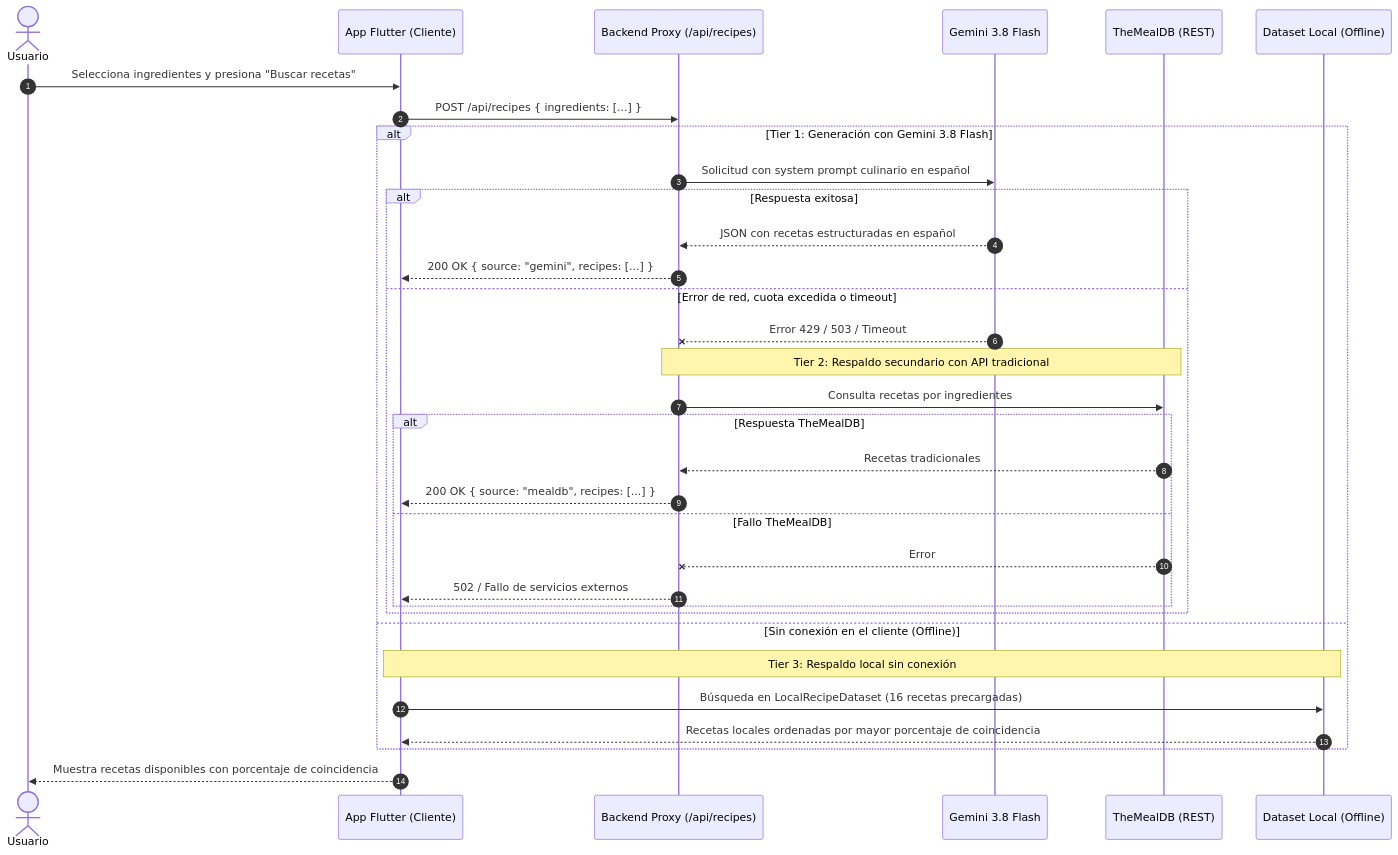
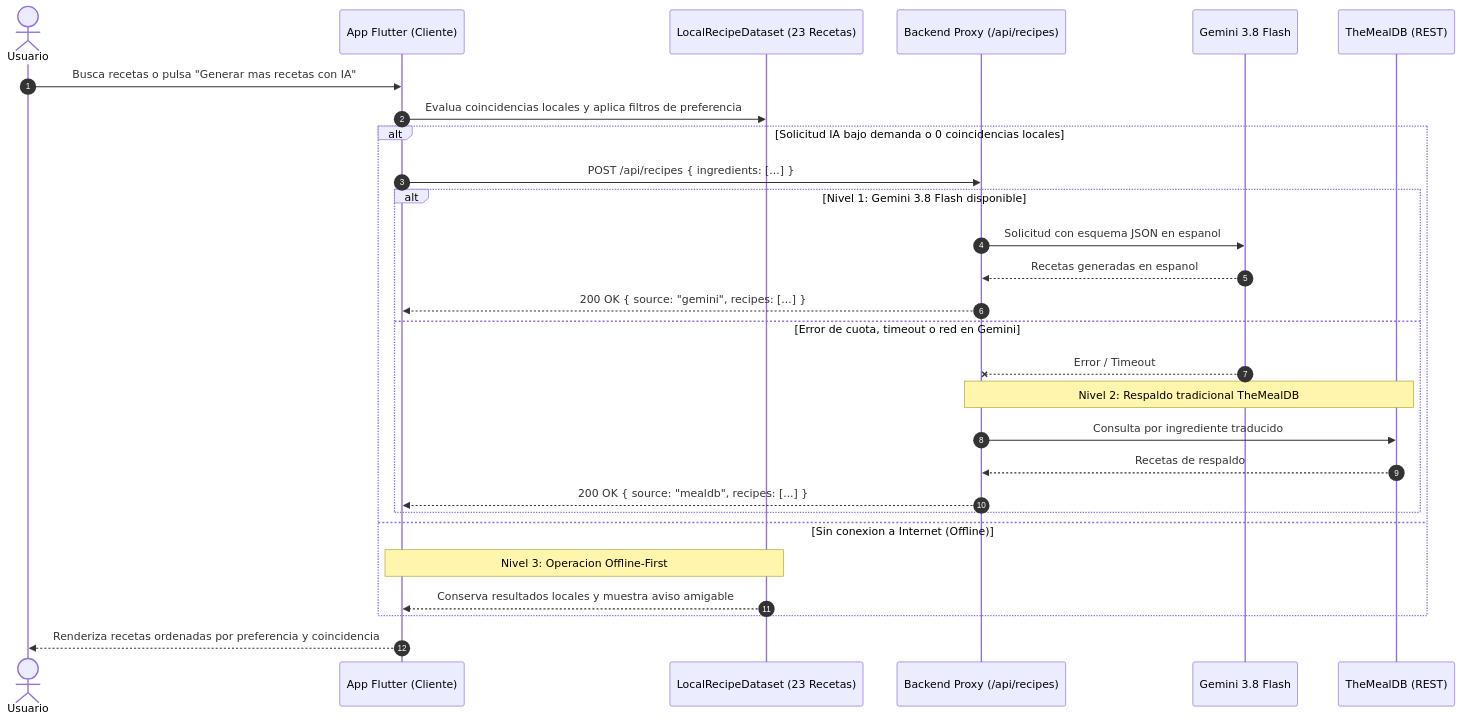
The diagram in docs/readme/llamadas_llm.md (innovationlabug/food-friend), drawn with Mermaid before and after one commit. The commit also changed other lines of this file and 21 other files, not shown here.

````diff
--- a/docs/readme/llamadas_llm.md
+++ b/docs/readme/llamadas_llm.md
@@ -77,38 +51,31 @@
 ```mermaid
 sequenceDiagram
     autonumber
     actor User as Usuario
     participant Flutter as App Flutter (Cliente)
+    participant Local as LocalRecipeDataset (23 Recetas)
     participant Proxy as Backend Proxy (/api/recipes)
     participant Gemini as Gemini 3.8 Flash
     participant MealDB as TheMealDB (REST)
-    participant Local as Dataset Local (Offline)
 
-    User->>Flutter: Selecciona ingredientes y presiona "Buscar recetas"
-    Flutter->>Proxy: POST /api/recipes { ingredients: [...] }
-
-    alt Tier 1: Generación con Gemini 3.8 Flash
-        Proxy->>Gemini: Solicitud con system prompt culinario en español
-        alt Respuesta exitosa
-            Gemini-->>Proxy: JSON con recetas estructuradas en español
+    User->>Flutter: Busca recetas o pulsa "Generar mas recetas con IA"
+    Flutter->>Local: Evalua coincidencias locales y aplica filtros de preferencia
+    alt Solicitud IA bajo demanda o 0 coincidencias locales
+        Flutter->>Proxy: POST /api/recipes { ingredients: [...] }
+        alt Nivel 1: Gemini 3.8 Flash disponible
+            Proxy->>Gemini: Solicitud con esquema JSON en espanol
+            Gemini-->>Proxy: Recetas generadas en espanol
             Proxy-->>Flutter: 200 OK { source: "gemini", recipes: [...] }
-        else Error de red, cuota excedida o timeout
-            Gemini--xProxy: Error 429 / 503 / Timeout
-            Note over Proxy,MealDB: Tier 2: Respaldo secundario con API tradicional
-            Proxy->>MealDB: Consulta recetas por ingredientes
-            alt Respuesta TheMealDB
-                MealDB-->>Proxy: Recetas tradicionales
-                Proxy-->>Flutter: 200 OK { source: "mealdb", recipes: [...] }
-            else Fallo TheMealDB
-                MealDB--xProxy: Error
-                Proxy-->>Flutter: 502 / Fallo de servicios externos
-            end
+        else Error de cuota, timeout o red en Gemini
+            Gemini--xProxy: Error / Timeout
+            Note over Proxy,MealDB: Nivel 2: Respaldo tradicional TheMealDB
+            Proxy->>MealDB: Consulta por ingrediente traducido
+            MealDB-->>Proxy: Recetas de respaldo
+            Proxy-->>Flutter: 200 OK { source: "mealdb", recipes: [...] }
         end
-    else Sin conexión en el cliente (Offline)
-        Note over Flutter,Local: Tier 3: Respaldo local sin conexión
-        Flutter->>Local: Búsqueda en LocalRecipeDataset (16 recetas precargadas)
-        Local-->>Flutter: Recetas locales ordenadas por mayor porcentaje de coincidencia
+    else Sin conexion a Internet (Offline)
+        Note over Flutter,Local: Nivel 3: Operacion Offline-First
+        Local-->>Flutter: Conserva resultados locales y muestra aviso amigable
     end
-
-    Flutter-->>User: Muestra recetas disponibles con porcentaje de coincidencia
+    Flutter-->>User: Renderiza recetas ordenadas por preferencia y coincidencia
 ```
````
